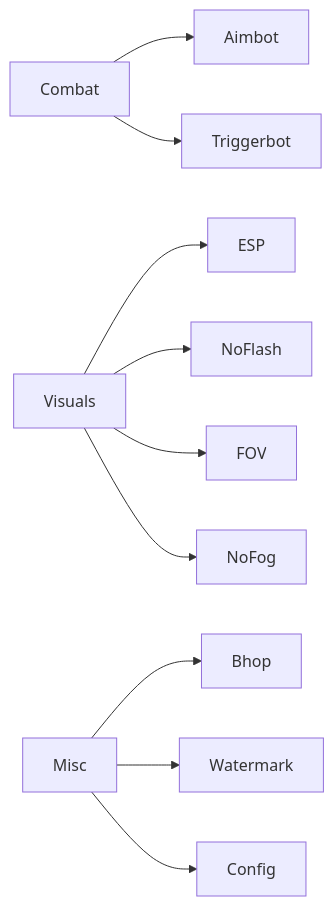
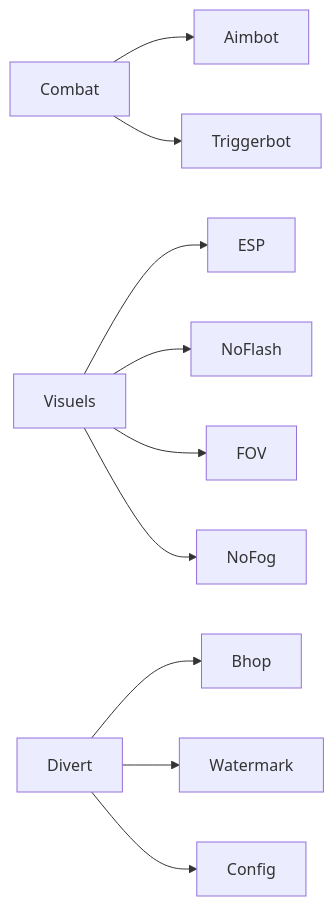
Before and after one commit to Code9914/cs2-internal: the second of 2 diagrams in README.md, drawn with Mermaid. The commit also changed other lines of this file, not shown here.

````diff
--- a/README.md
+++ b/README.md
@@ -35,12 +35,12 @@
 ```mermaid
 graph LR
     A[Combat] --> B[Aimbot]
     A --> C[Triggerbot]
-    D[Visuals] --> E[ESP]
+    D[Visuels] --> E[ESP]
     D --> F[NoFlash]
     D --> G[FOV]
     D --> H[NoFog]
-    I[Misc] --> J[Bhop]
+    I[Divert] --> J[Bhop]
     I --> K[Watermark]
     I --> L[Config]
 ```
````
